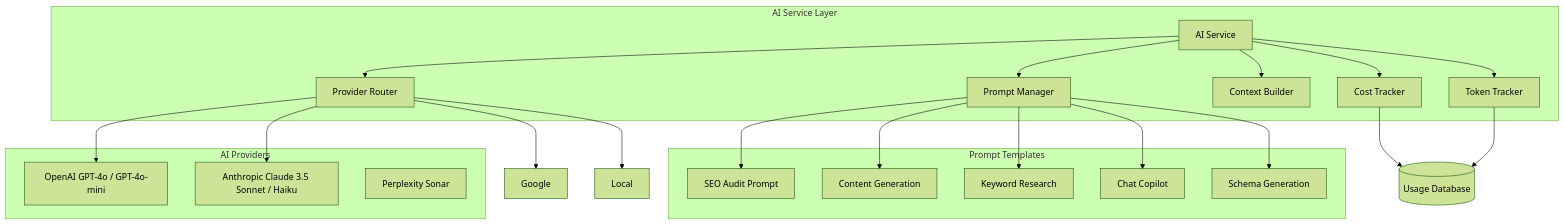
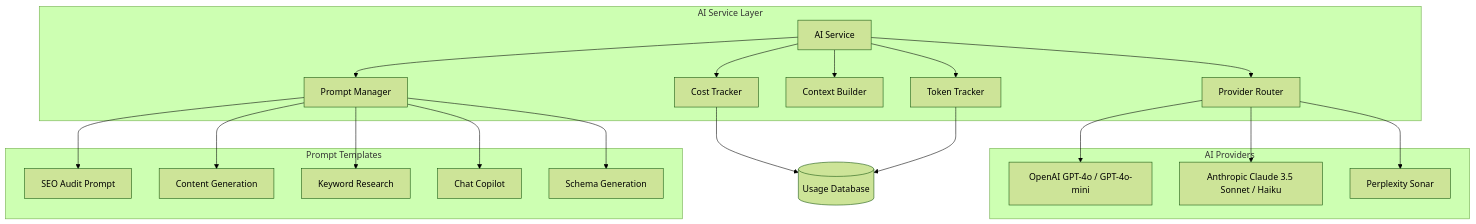
One commit to girishlade111/SEO-tool-AI changed the fifth of 6 diagrams in DESIGN.md. Above: the diagram before and after it, drawn with Mermaid (forest theme).

Commit message:
docs: update design documentation to reflect current architectural changes

````diff
--- a/DESIGN.md
+++ b/DESIGN.md
@@ -1100,42 +1100,41 @@
 ```mermaid
 flowchart TD
     subgraph "AI Service Layer"
         AIService[AI Service]
         ProviderRouter[Provider Router]
         PromptManager[Prompt Manager]
         ContextBuilder[Context Builder]
         CostTracker[Cost Tracker]
         TokenTracker[Token Tracker]
     end
     
     subgraph "AI Providers"
         OpenAI[OpenAI GPT-4o / GPT-4o-mini]
         Anthropic[Anthropic Claude 3.5 Sonnet / Haiku]
         Perplexity[Perplexity Sonar]
     end
     
     subgraph "Prompt Templates"
         AuditPrompt[SEO Audit Prompt]
         ContentGen[Content Generation]
         KeywordRes[Keyword Research]
         ChatPrompt[Chat Copilot]
         SchemaGen[Schema Generation]
     end
     
     AIService --> ProviderRouter
     ProviderRouter --> OpenAI
     ProviderRouter --> Anthropic
-    ProviderRouter --> Google
-    ProviderRouter --> Local
+    ProviderRouter --> Perplexity
     AIService --> PromptManager
     PromptManager --> AuditPrompt
     PromptManager --> ContentGen
     PromptManager --> KeywordRes
     PromptManager --> ChatPrompt
     PromptManager --> SchemaGen
     AIService --> ContextBuilder
     AIService --> CostTracker
     AIService --> TokenTracker
     CostTracker --> UsageDB[(Usage Database)]
     TokenTracker --> UsageDB
 ```
````
